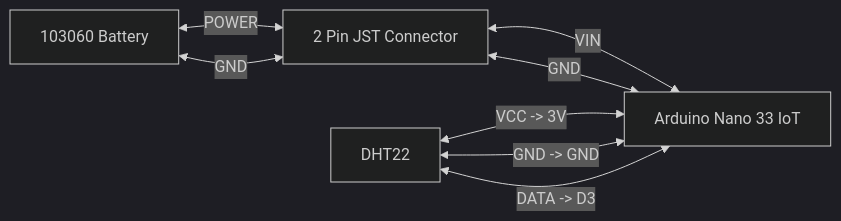
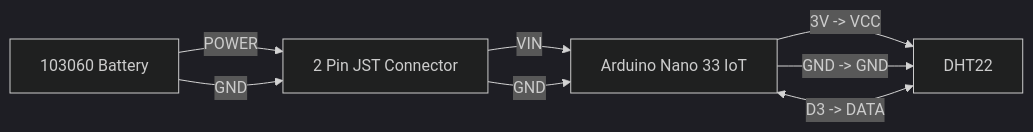
Before and after one commit to nooneknowspeter/orbtronics-l1-mechatronics-engineer: the third of 3 diagrams in README.md, drawn with Mermaid (dark theme).

Commit message:
docs: update README.md
- update wiring diagram

````diff
--- a/README.md
+++ b/README.md
@@ -175,15 +175,15 @@
 ```mermaid
 graph LR
     %% components
     arduino[Arduino Nano 33 IoT]
     battery[103060 Battery]
     dht22[DHT22]
     jst2pin[2 Pin JST Connector]
 
     %% connections
-    battery <-- POWER --> jst2pin <-- VIN --> arduino
-    battery <-- GND --> jst2pin <-- GND --> arduino
-    dht22 <--VCC -> 3V --> arduino
-    dht22 <-- GND -> GND --> arduino
-    dht22 <-- DATA -> D3 --> arduino
+    battery -- POWER --> jst2pin -- VIN --> arduino
+    battery -- GND --> jst2pin -- GND --> arduino
+    arduino -- 3V -> VCC --> dht22
+    arduino -- GND -> GND --> dht22
+    dht22 <-- D3 -> DATA --> arduino
 ```
````
